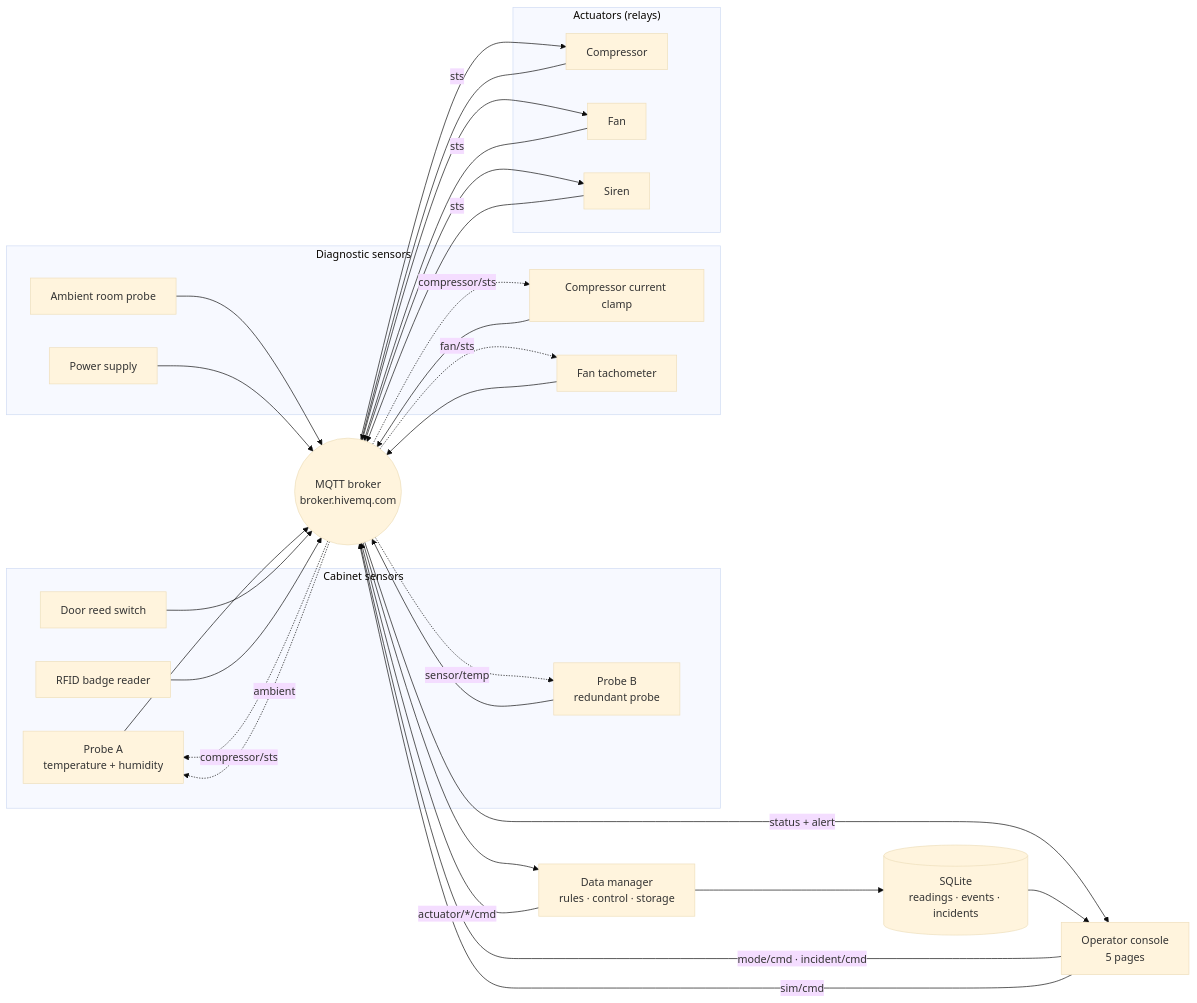
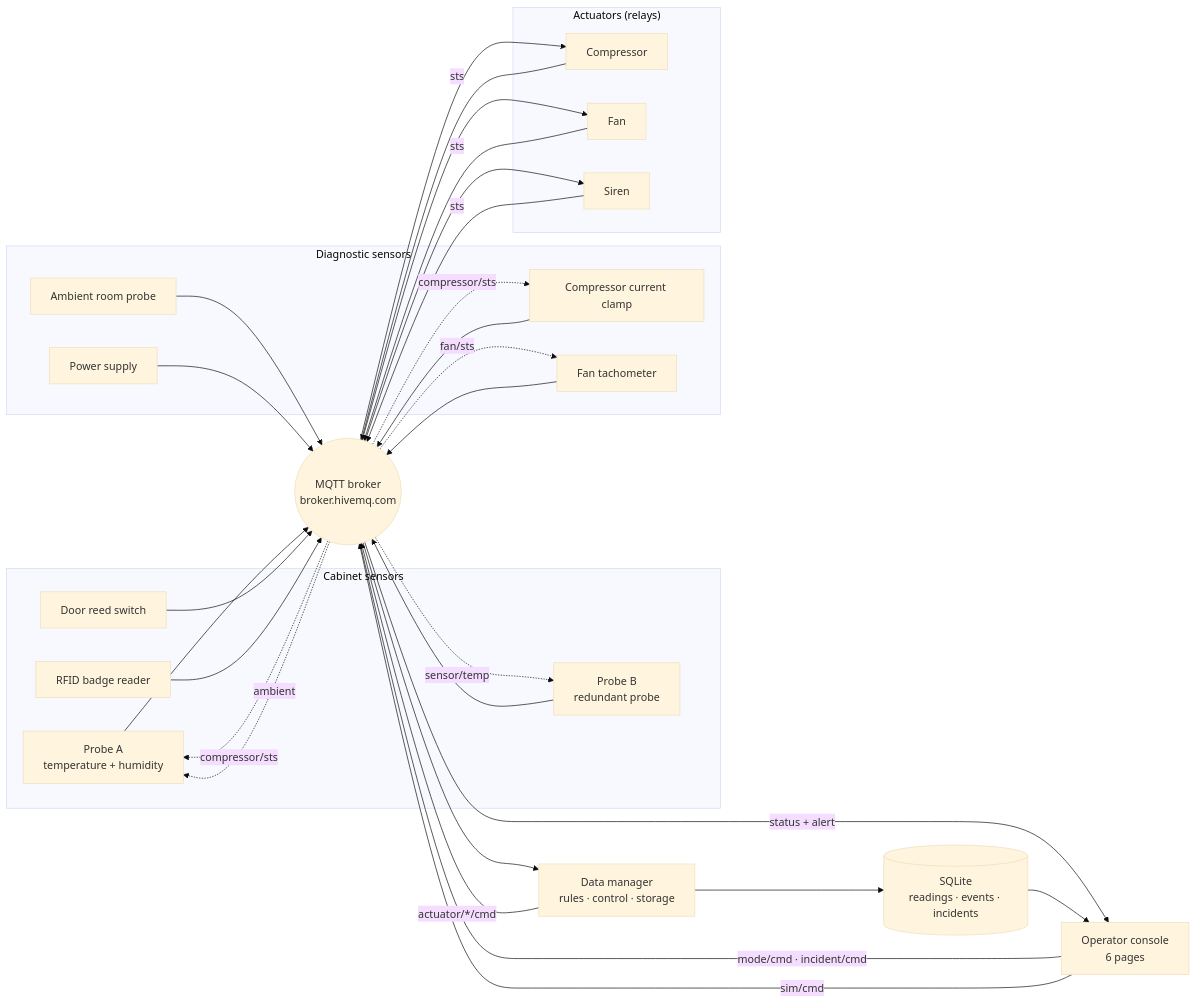
The diagram in README.md (ofirzohar11/IOT_SMART_HOME), drawn with Mermaid (base theme) before and after one commit. The commit also changed other lines of this file and 1 other file, not shown here.

````diff
--- a/README.md
+++ b/README.md
@@ -41,57 +42,57 @@
 ```mermaid
 flowchart LR
     subgraph Cabinet["Cabinet sensors"]
         TA["Probe A<br/>temperature + humidity"]
         TB["Probe B<br/>redundant probe"]
         D["Door reed switch"]
         BG["RFID badge reader"]
     end
 
     subgraph Diag["Diagnostic sensors"]
         AM["Ambient room probe"]
         CU["Compressor current clamp"]
         RP["Fan tachometer"]
         PW["Power supply"]
     end
 
     B(("MQTT broker<br/>broker.hivemq.com"))
     M["Data manager<br/>rules · control · storage"]
     DB[("SQLite<br/>readings · events · incidents")]
-    G["Operator console<br/>5 pages"]
+    G["Operator console<br/>6 pages"]
 
     subgraph Actuators["Actuators (relays)"]
         C["Compressor"]
         F["Fan"]
         S["Siren"]
     end
 
     TA --> B
     TB --> B
     D --> B
     BG --> B
     AM --> B
     CU --> B
     RP --> B
     PW --> B
 
     B --> M
     M --> DB
     M -- actuator/*/cmd --> B
     B --> C
     B --> F
     B --> S
 
     C -- sts --> B
     F -- sts --> B
     S -- sts --> B
     B -- status + alert --> G
     DB --> G
     G -- mode/cmd · incident/cmd --> B
     G -- sim/cmd --> B
 
     B -. compressor/sts .-> TA
     B -. ambient .-> TA
     B -. sensor/temp .-> TB
     B -. compressor/sts .-> CU
     B -. fan/sts .-> RP
 ```
````
